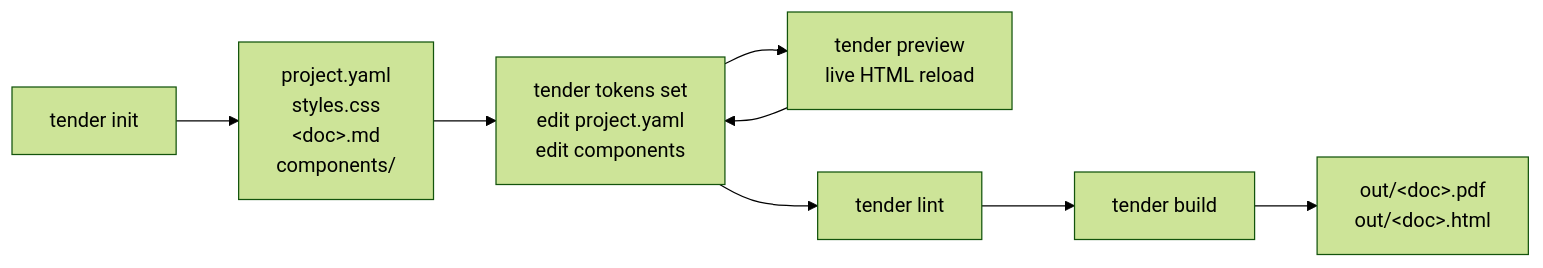
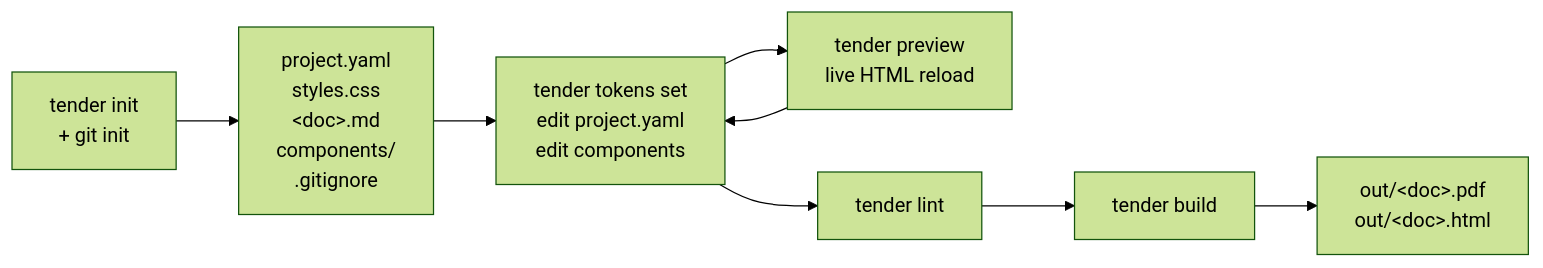
Before and after one commit to PossibleWorldsDotSpace/tender: the second of 3 diagrams in README.md, drawn with Mermaid (forest theme). The commit also changed other lines of this file and 4 other files, not shown here.

First line of the commit message:
feat(cli): tender init sets up git (git init, .gitignore, optional first commit)

````diff
--- a/README.md
+++ b/README.md
@@ -39,10 +39,10 @@
 ```mermaid
 flowchart LR
-    A[tender init] --> B[project.yaml<br/>styles.css<br/>&lt;doc&gt;.md<br/>components/]
+    A[tender init<br/>+ git init] --> B[project.yaml<br/>styles.css<br/>&lt;doc&gt;.md<br/>components/<br/>.gitignore]
     B --> C[tender tokens set<br/>edit project.yaml<br/>edit components]
     C --> D[tender preview<br/>live HTML reload]
     D --> C
     C --> E[tender lint]
     E --> F[tender build]
     F --> G[out/&lt;doc&gt;.pdf<br/>out/&lt;doc&gt;.html]
 ```
````
